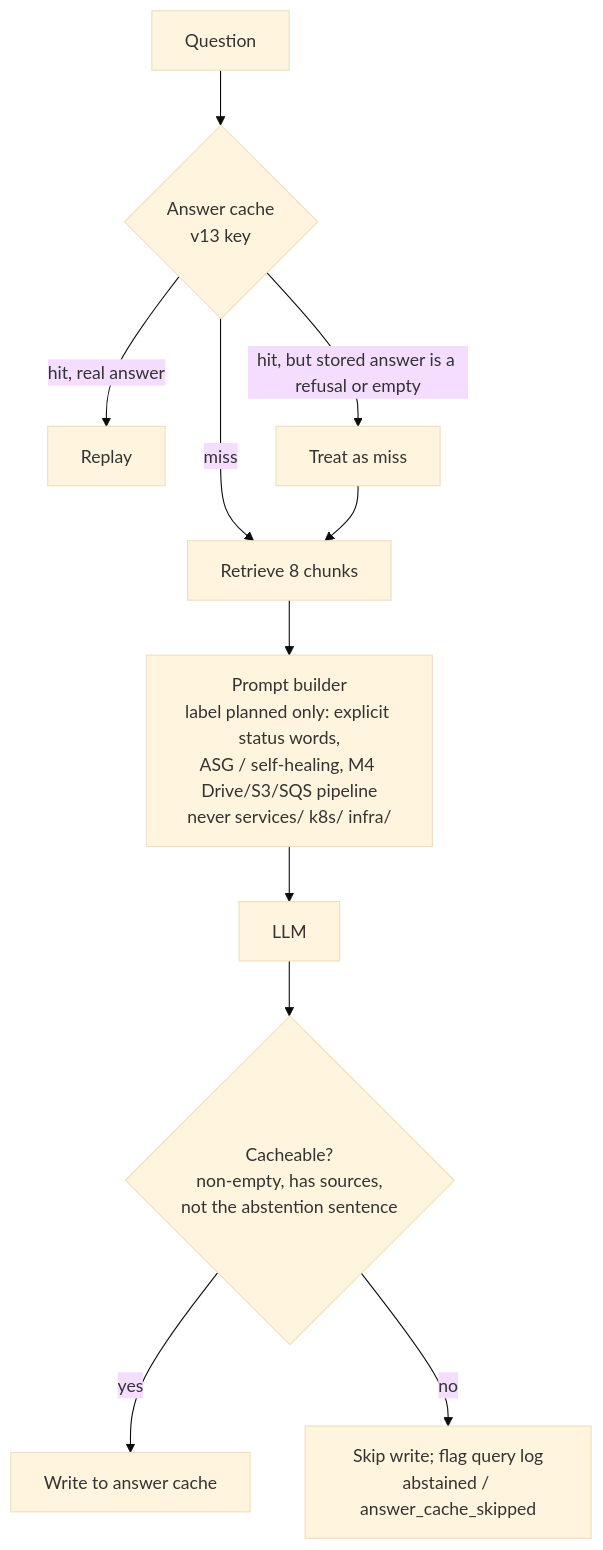
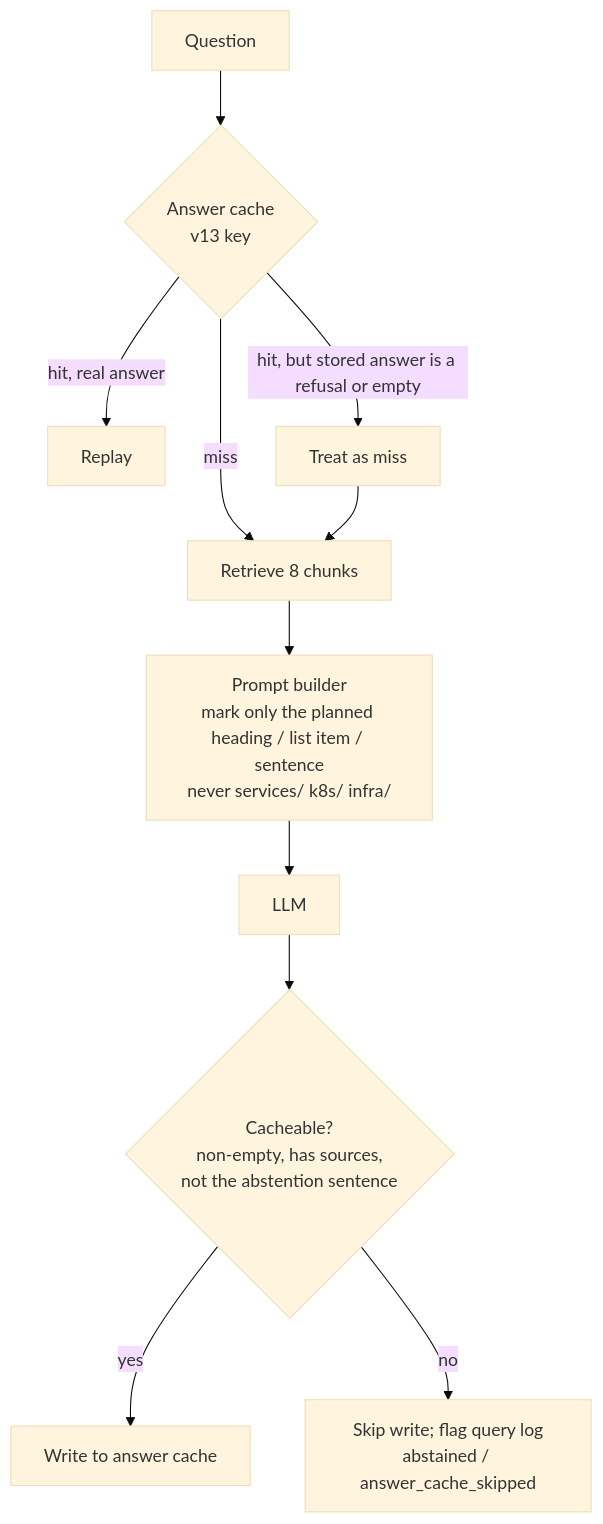
One commit to hacka-tron/basel.engineering changed the diagram in project/status/2026-09-30-cached-refusals.md. Above: the diagram before and after it, drawn with Mermaid (base theme). The commit also changed other lines of this file and 6 other files, not shown here.

First line of the commit message:
fix(ask): mark only the planned sentence; catch reworded refusals

````diff
--- a/project/status/2026-09-30-cached-refusals.md
+++ b/project/status/2026-09-30-cached-refusals.md
@@ -21,13 +21,13 @@
 ```mermaid
 flowchart TD
     Q[Question] --> AC{Answer cache<br/>v13 key}
     AC -->|hit, real answer| R[Replay]
     AC -->|hit, but stored answer is a refusal or empty| M[Treat as miss]
     AC -->|miss| RET[Retrieve 8 chunks]
     M --> RET
-    RET --> P["Prompt builder<br/>label planned only: explicit status words,<br/>ASG / self-healing, M4 Drive/S3/SQS pipeline<br/>never services/ k8s/ infra/"]
+    RET --> P["Prompt builder<br/>mark only the planned heading / list item / sentence<br/>never services/ k8s/ infra/"]
     P --> LLM[LLM]
     LLM --> G{Cacheable?<br/>non-empty, has sources,<br/>not the abstention sentence}
     G -->|yes| W[Write to answer cache]
     G -->|no| F["Skip write; flag query log<br/>abstained / answer_cache_skipped"]
 ```
````
